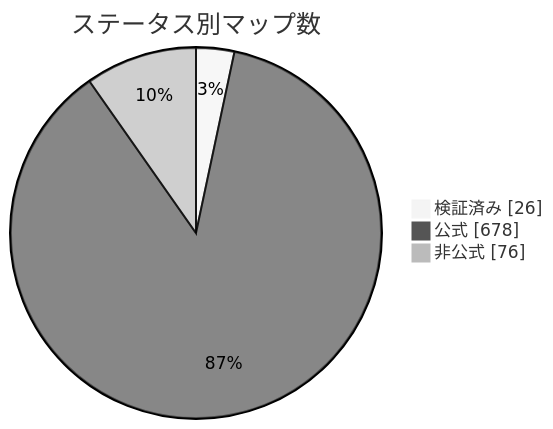
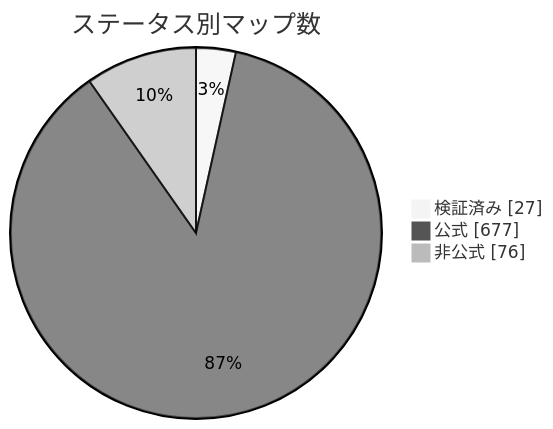
The diagram in docs/readme/README_JP.md (nobrega8/mbmap-library), drawn with Mermaid (neutral theme) before and after one commit. The commit also changed 7 other files, not shown here.

````diff
--- a/docs/readme/README_JP.md
+++ b/docs/readme/README_JP.md
@@ -54,7 +54,7 @@
 ```mermaid
 pie showData
     title ステータス別マップ数
-    "検証済み" : 26
-    "公式" : 678
+    "検証済み" : 27
+    "公式" : 677
     "非公式" : 76
 ```
````
